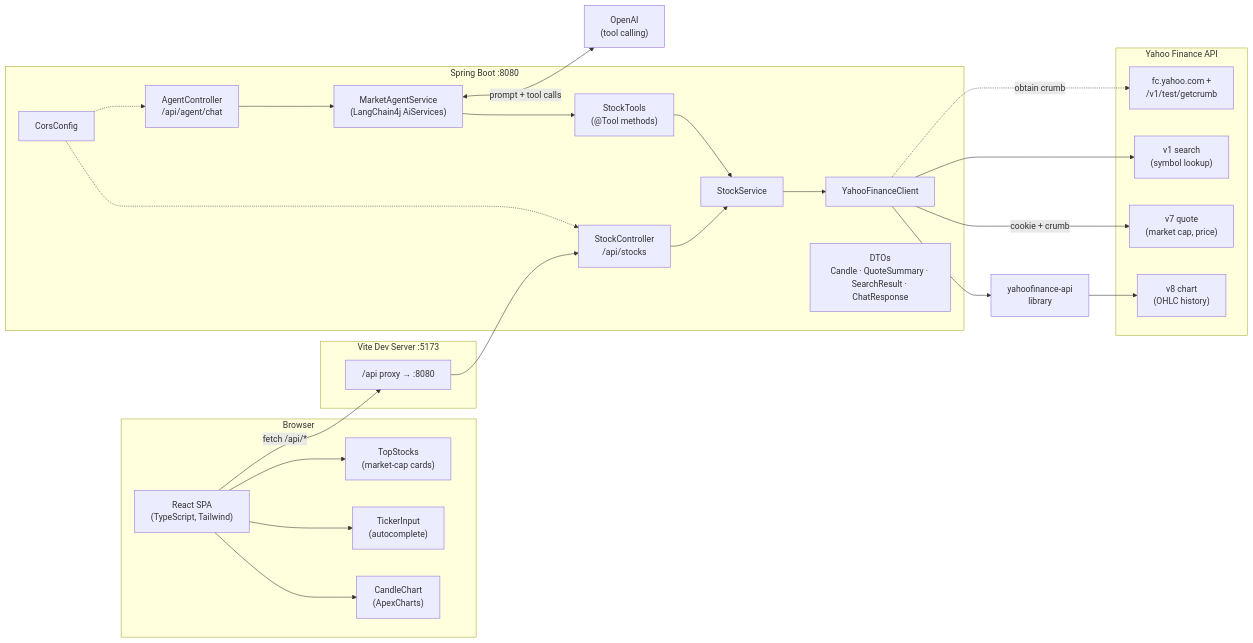
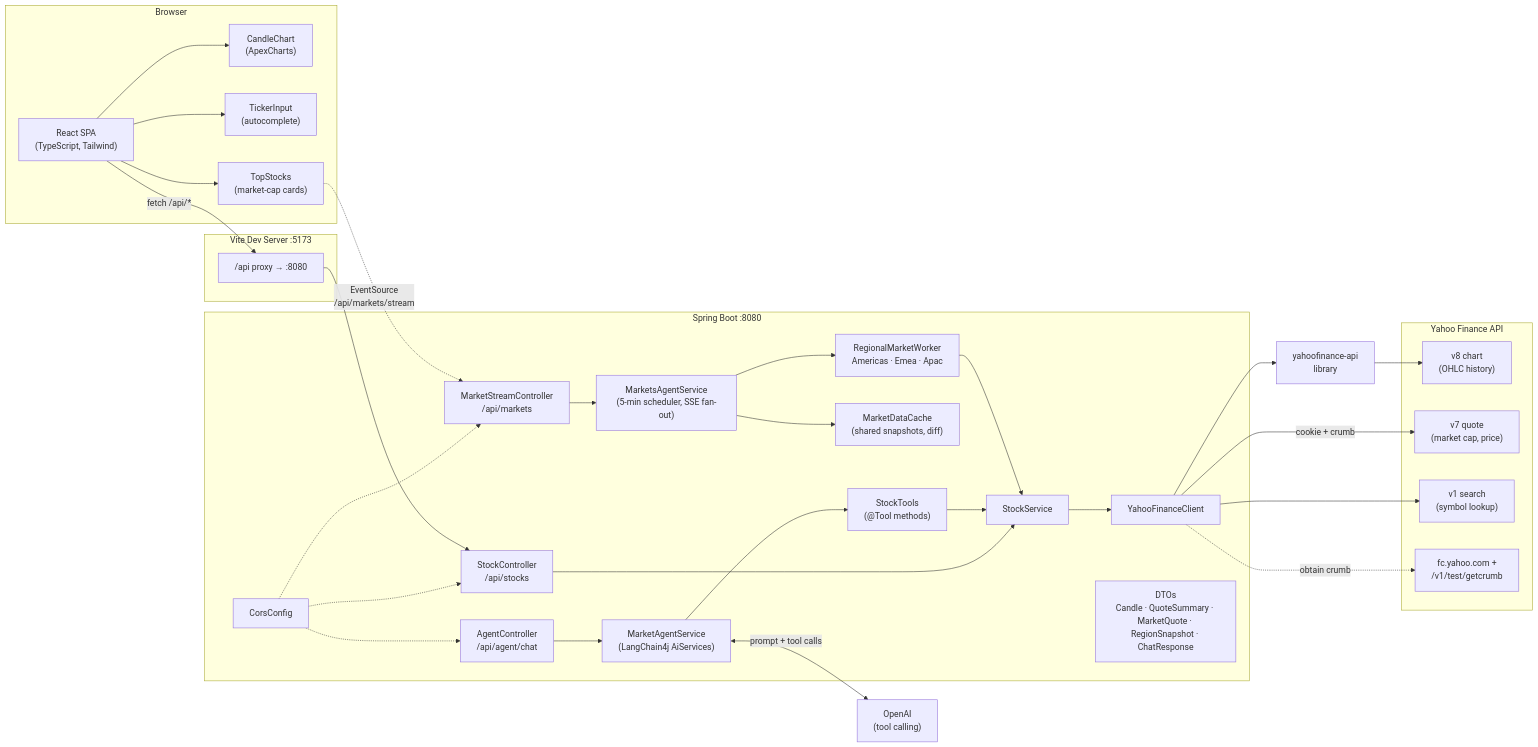
The first of 5 diagrams in docs/ARCHITECTURE.md (azhussain/financial-dashboard), drawn with Mermaid before and after one commit. The commit also changed other lines of this file and 29 other files, not shown here.

First line of the commit message:
Markets Agent with SSE live updates, adaptive trading-hour cadence, and Google-Finance-style stock details panel

````diff
--- a/docs/ARCHITECTURE.md
+++ b/docs/ARCHITECTURE.md
@@ -7,46 +7,53 @@
 ```mermaid
 flowchart LR
     subgraph Client["Browser"]
         UI["React SPA<br/>(TypeScript, Tailwind)"]
         Chart["CandleChart<br/>(ApexCharts)"]
         Tick["TickerInput<br/>(autocomplete)"]
         Top["TopStocks<br/>(market-cap cards)"]
         UI --> Chart & Tick & Top
     end
 
     subgraph Vite["Vite Dev Server :5173"]
         Proxy["/api proxy → :8080"]
     end
 
     subgraph Backend["Spring Boot :8080"]
         Ctrl["StockController<br/>/api/stocks"]
+        StreamCtrl["MarketStreamController<br/>/api/markets"]
         AgentCtrl["AgentController<br/>/api/agent/chat"]
         AgentSvc["MarketAgentService<br/>(LangChain4j AiServices)"]
         Tools["StockTools<br/>(@Tool methods)"]
+        MktsSvc["MarketsAgentService<br/>(5-min scheduler, SSE fan-out)"]
+        Cache["MarketDataCache<br/>(shared snapshots, diff)"]
+        Workers["RegionalMarketWorker<br/>Americas · Emea · Apac"]
         Svc["StockService"]
         Client_YF["YahooFinanceClient"]
         CORS["CorsConfig"]
-        DTO["DTOs<br/>Candle · QuoteSummary · SearchResult · ChatResponse"]
+        DTO["DTOs<br/>Candle · QuoteSummary · MarketQuote · RegionSnapshot · ChatResponse"]
         Ctrl --> Svc --> Client_YF
         AgentCtrl --> AgentSvc --> Tools --> Svc
-        CORS -.-> Ctrl & AgentCtrl
+        StreamCtrl --> MktsSvc --> Workers --> Svc
+        MktsSvc --> Cache
+        CORS -.-> Ctrl & AgentCtrl & StreamCtrl
     end
 
     LLM["OpenAI<br/>(tool calling)"]
     AgentSvc <-->|"prompt + tool calls"| LLM
 
     subgraph Yahoo["Yahoo Finance API"]
         V8["v8 chart<br/>(OHLC history)"]
         V7["v7 quote<br/>(market cap, price)"]
         V1["v1 search<br/>(symbol lookup)"]
         FC["fc.yahoo.com +<br/>/v1/test/getcrumb"]
     end
 
     Lib["yahoofinance-api<br/>library"]
 
     UI -->|"fetch /api/*"| Proxy --> Ctrl
+    Top -.->|"EventSource<br/>/api/markets/stream"| StreamCtrl
     Client_YF --> Lib --> V8
     Client_YF -->|"cookie + crumb"| V7
     Client_YF --> V1
     Client_YF -.->|"obtain crumb"| FC
 ```
````
